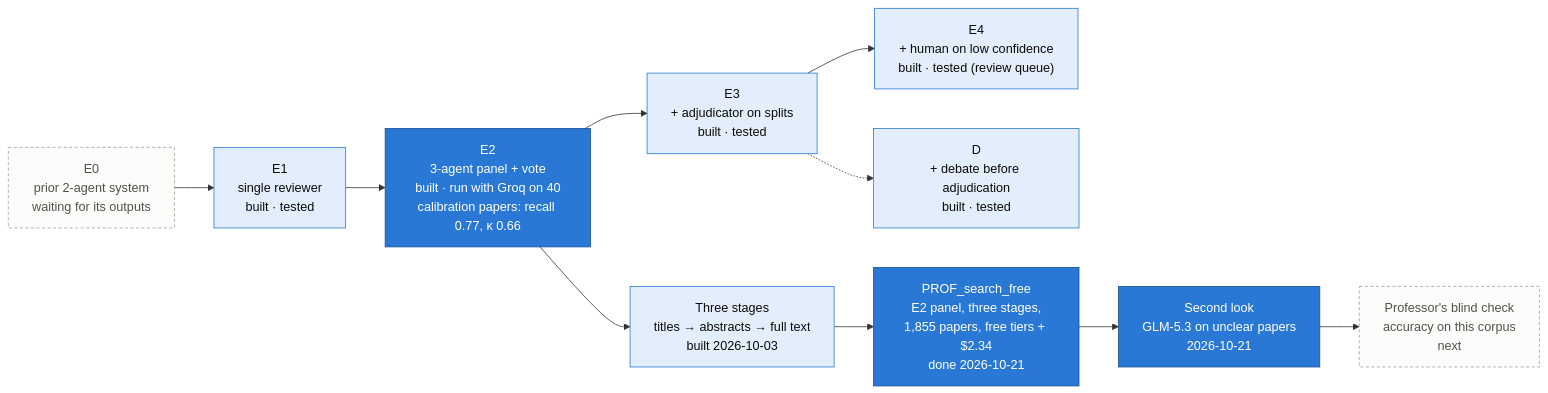
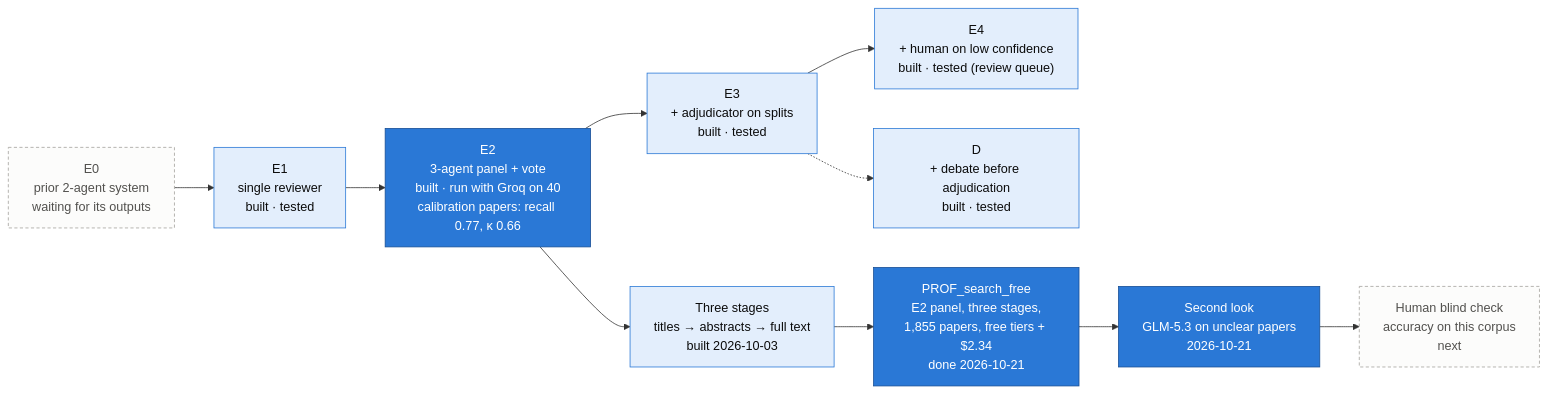
One commit to iUtsa/adrd-multiagent-review changed the diagram in docs/diagrams/src/experiment-ladder.mmd. Above: the diagram before and after it, drawn with Mermaid. The commit also changed 24 other files, not shown here.

Commit message:
Diagrams, charts and docs: 'human reviewer' / 'for human review' labels

```diff
--- a/docs/diagrams/src/experiment-ladder.mmd
+++ b/docs/diagrams/src/experiment-ladder.mmd
@@ -1,19 +1,19 @@
 flowchart LR
     classDef done fill:#e3eefc,stroke:#2a78d6,color:#0b0b0b
     classDef real fill:#2a78d6,stroke:#184f95,color:#ffffff
     classDef todo fill:#fcfcfb,stroke:#a3a29c,stroke-dasharray:4 3,color:#52514e
 
     E0["E0<br/>prior 2-agent system<br/>waiting for its outputs"]:::todo
     E1["E1<br/>single reviewer<br/>built · tested"]:::done
     E2["E2<br/>3-agent panel + vote<br/>built · run with Groq on 40<br/>calibration papers: recall 0.77, κ 0.66"]:::real
     E3["E3<br/>+ adjudicator on splits<br/>built · tested"]:::done
     E4["E4<br/>+ human on low confidence<br/>built · tested (review queue)"]:::done
     D["D<br/>+ debate before adjudication<br/>built · tested"]:::done
     TS["Three stages<br/>titles → abstracts → full text<br/>built 2026-10-03"]:::done
     PROF["PROF_search_free<br/>E2 panel, three stages,<br/>1,855 papers, free tiers + $2.34<br/>done 2026-10-21"]:::real
     SL["Second look<br/>GLM-5.3 on unclear papers<br/>2026-10-21"]:::real
-    CHK["Professor's blind check<br/>accuracy on this corpus<br/>next"]:::todo
+    CHK["Human blind check<br/>accuracy on this corpus<br/>next"]:::todo
 
     E0 --> E1 --> E2 --> E3 --> E4
     E3 -.-> D
     E2 --> TS --> PROF --> SL --> CHK
```
